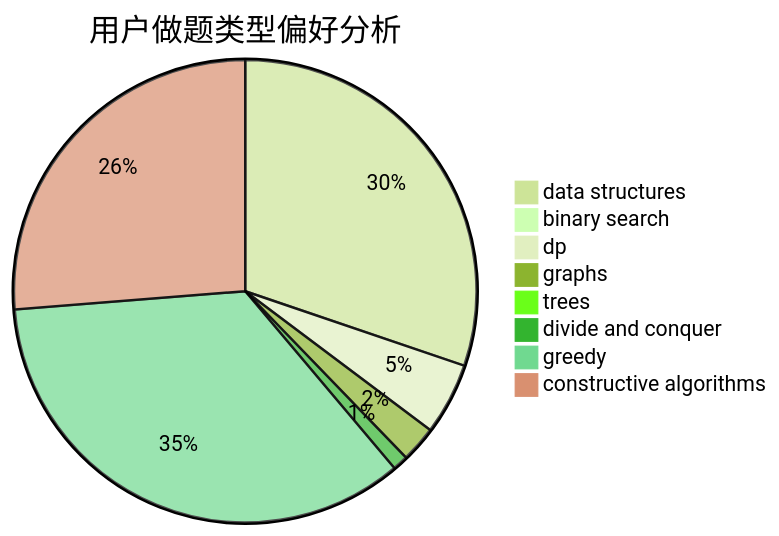
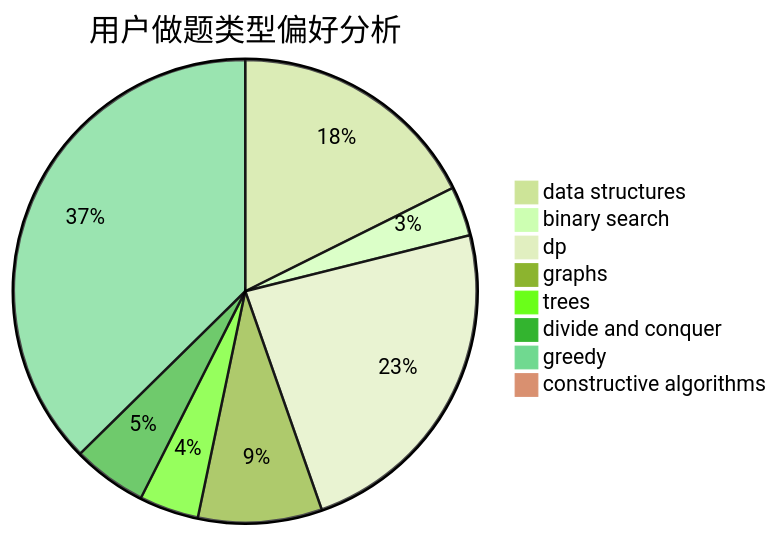
Before and after one commit to sherpahu/cfrs.github.io: the second of 3 diagrams in docs/user/u890.md, drawn with Mermaid (forest theme). The commit also changed other lines of this file and 2770 other files, not shown here.

````diff
--- a/docs/user/u890.md
+++ b/docs/user/u890.md
@@ -23,11 +23,11 @@
 ```mermaid
 pie title 用户做题类型偏好分析
-    "data structures" :  84
-    "binary search" :  1
-    "dp" :  14
-    "graphs" :  7
-    "trees" :  2
-    "divide and conquer" :  3
-    "greedy" :  97
-    "constructive algorithms" :  73
+    "data structures" :  51
+    "binary search" :  10
+    "dp" :  68
+    "graphs" :  25
+    "trees" :  12
+    "divide and conquer" :  15
+    "greedy" :  108
+    "constructive algorithms" :  2
 ```
````
